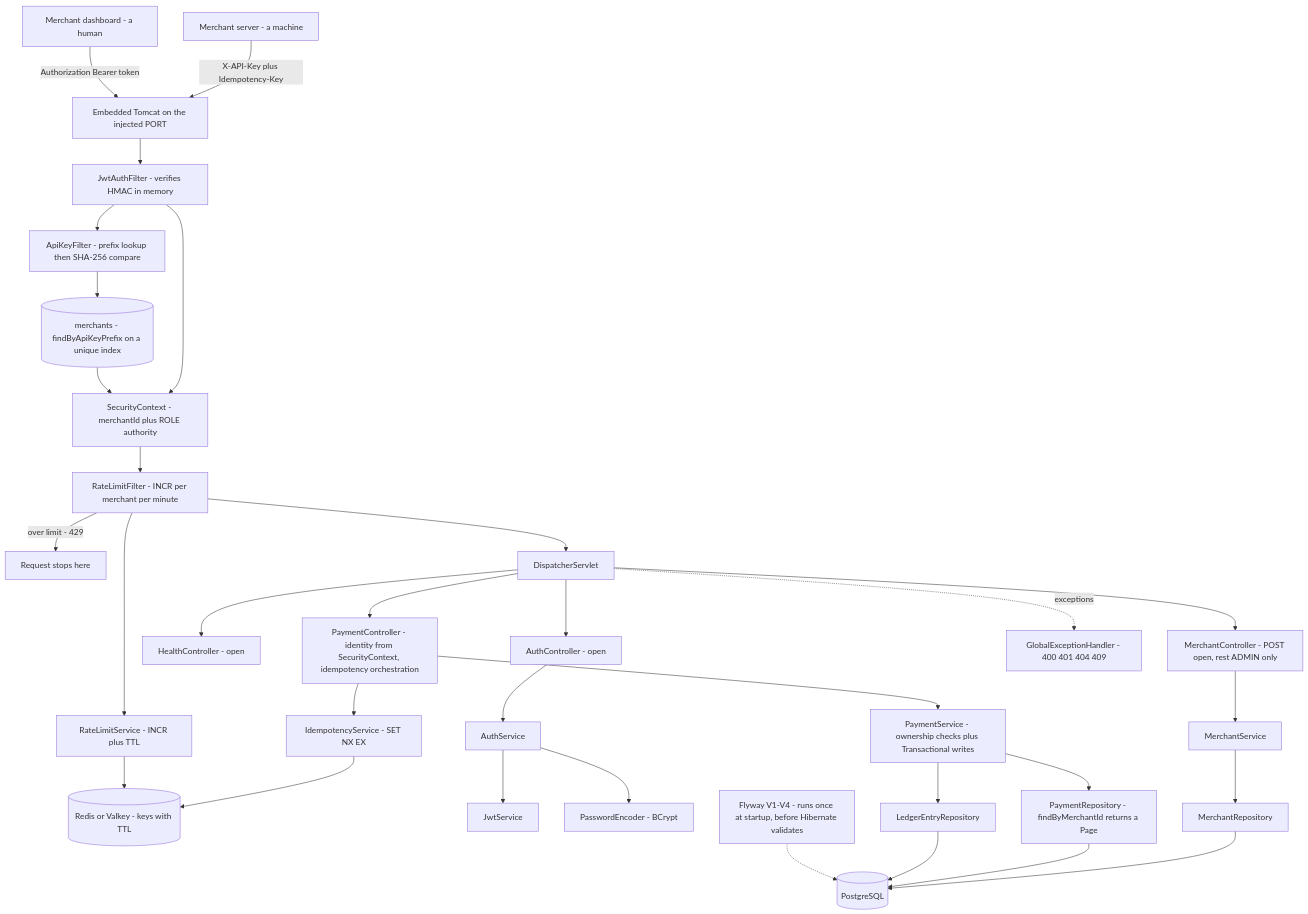
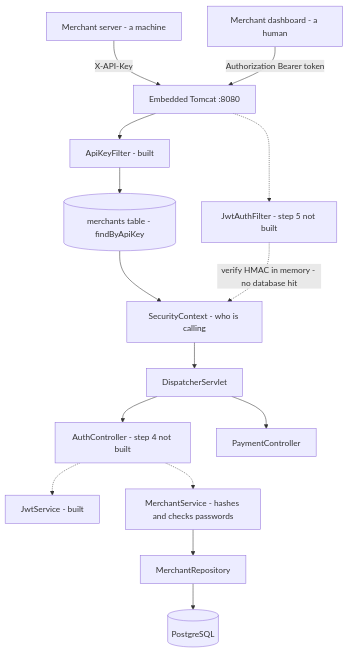
One commit to ARV0007/transakt changed the second of 2 diagrams in docs/architecture.md. Above: the diagram before and after it, drawn with Mermaid. The commit also changed other lines of this file and 1 other file, not shown here.

Commit message:
docs: architecture v1.4 — idempotency in the database

````diff
--- a/docs/architecture.md
+++ b/docs/architecture.md
@@ -26,36 +41,17 @@
 ```mermaid
 flowchart TD
-  server[Merchant server - a machine]
-  human[Merchant dashboard - a human]
-  server -->|X-API-Key plus Idempotency-Key| tomcat[Embedded Tomcat on the injected PORT]
-  human -->|Authorization Bearer token| tomcat
-  tomcat --> jaf[JwtAuthFilter - verifies HMAC in memory]
-  jaf --> akf[ApiKeyFilter - prefix lookup then SHA-256 compare]
-  akf --> lookup[(merchants - findByApiKeyPrefix on a unique index)]
-  jaf --> ctx[SecurityContext - merchantId plus ROLE authority]
-  lookup --> ctx
-  ctx --> rlf[RateLimitFilter - INCR per merchant per minute]
-  rlf -->|over limit - 429| reject[Request stops here]
-  rlf --> dispatcher[DispatcherServlet]
-  dispatcher --> ac[AuthController - open]
-  dispatcher --> health[HealthController - open]
-  dispatcher --> mc[MerchantController - POST open, rest ADMIN only]
-  dispatcher --> pc[PaymentController - identity from SecurityContext, idempotency orchestration]
-  dispatcher -.->|exceptions| geh[GlobalExceptionHandler - 400 401 404 409]
-  pc --> idem[IdempotencyService - SET NX EX]
-  rlf --> rate[RateLimitService - INCR plus TTL]
-  idem --> redis[(Redis or Valkey - keys with TTL)]
-  rate --> redis
-  ac --> as[AuthService]
-  as --> js[JwtService]
-  as --> pe[PasswordEncoder - BCrypt]
-  mc --> ms[MerchantService]
-  pc --> ps[PaymentService - ownership checks plus Transactional writes]
+  server[Merchant server - a machine] -->|X-API-Key| tomcat[Embedded Tomcat :8080]
+  human[Merchant dashboard - a human] -->|Authorization Bearer token| tomcat
+  tomcat --> akf[ApiKeyFilter - built]
+  tomcat -.-> jaf[JwtAuthFilter - step 5 not built]
+  akf --> lookup[(merchants table - findByApiKey)]
+  lookup --> ctx[SecurityContext - who is calling]
+  jaf -.->|verify HMAC in memory - no database hit| ctx
+  ctx --> dispatcher[DispatcherServlet]
+  dispatcher --> ac[AuthController - step 4 not built]
+  dispatcher --> pc[PaymentController]
+  ac -.-> js[JwtService - built]
+  ac -.-> ms[MerchantService - hashes and checks passwords]
   ms --> mr[MerchantRepository]
-  ps --> pr[PaymentRepository - findByMerchantId returns a Page]
-  ps --> lr[LedgerEntryRepository]
   mr --> db[(PostgreSQL)]
-  pr --> db
-  lr --> db
-  flyway[Flyway V1-V4 - runs once at startup, before Hibernate validates] -.-> db
 ```
````
